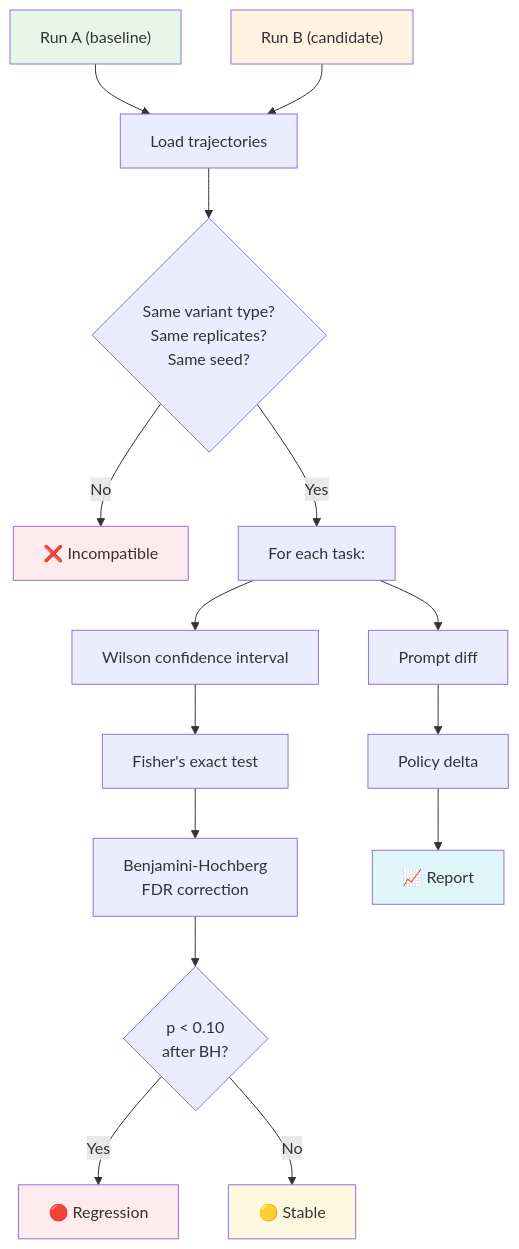
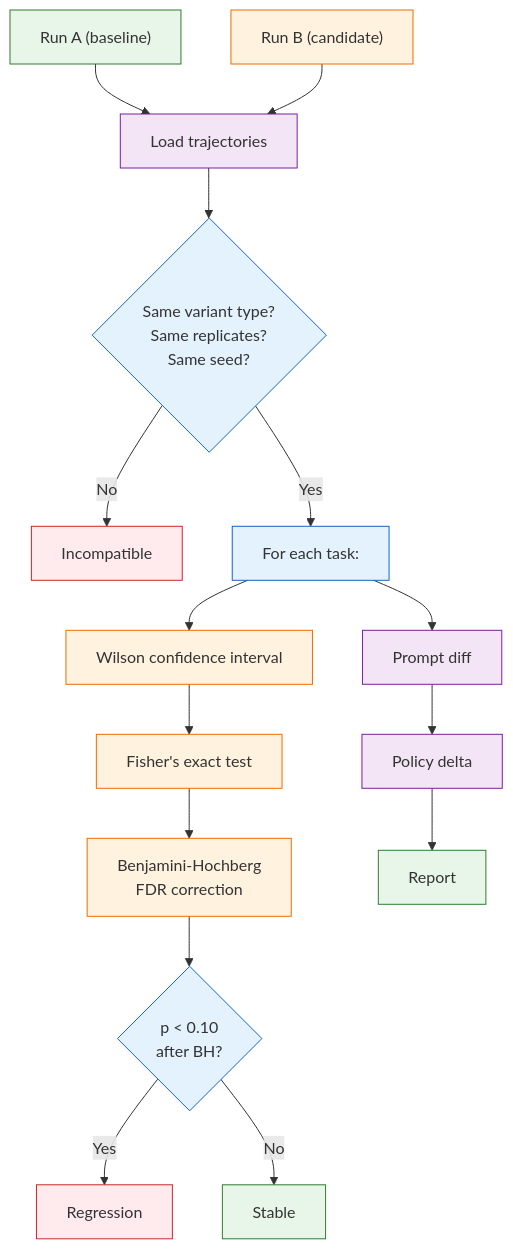
Before and after one commit to Mehul-bisht-0/Driftbench--AI-regression-testing-harness: the third of 11 diagrams in README.md, drawn with Mermaid. The commit also changed other lines of this file, not shown here.

````diff
--- a/README.md
+++ b/README.md
@@ -152,24 +153,33 @@
 ```mermaid
 flowchart TD
     A["Run A (baseline)"] --> B["Load trajectories"]
     C["Run B (candidate)"] --> B
     B --> D{"Same variant type?\nSame replicates?\nSame seed?"}
-    D -->|"No"| E["❌ Incompatible"]
+    D -->|"No"| E["Incompatible"]
     D -->|"Yes"| F["For each task:"]
     F --> G["Wilson confidence interval"]
     G --> H["Fisher's exact test"]
     H --> I["Benjamini-Hochberg\nFDR correction"]
     I --> J{"p < 0.10\nafter BH?"}
-    J -->|"Yes"| K["🔴 Regression"]
-    J -->|"No"| L["🟡 Stable"]
+    J -->|"Yes"| K["Regression"]
+    J -->|"No"| L["Stable"]
     F --> M["Prompt diff"]
     M --> N["Policy delta"]
-    N --> O["📈 Report"]
+    N --> O["Report"]
 
-    style A fill:#e8f5e9
-    style C fill:#fff3e0
-    style E fill:#ffebee
-    style K fill:#ffebee
-    style L fill:#fff8e1
-    style O fill:#e0f7fa
+    style A fill:#e8f5e9,stroke:#2e7d32
+    style B fill:#f3e5f5,stroke:#7b1fa2
+    style C fill:#fff3e0,stroke:#ef6c00
+    style D fill:#e3f2fd,stroke:#1565c0
+    style E fill:#ffebee,stroke:#c62828
+    style F fill:#e3f2fd,stroke:#1565c0
+    style G fill:#fff3e0,stroke:#ef6c00
+    style H fill:#fff3e0,stroke:#ef6c00
+    style I fill:#fff3e0,stroke:#ef6c00
+    style J fill:#e3f2fd,stroke:#1565c0
+    style K fill:#ffebee,stroke:#c62828
+    style L fill:#e8f5e9,stroke:#2e7d32
+    style M fill:#f3e5f5,stroke:#7b1fa2
+    style N fill:#f3e5f5,stroke:#7b1fa2
+    style O fill:#e8f5e9,stroke:#2e7d32
 ```
````
